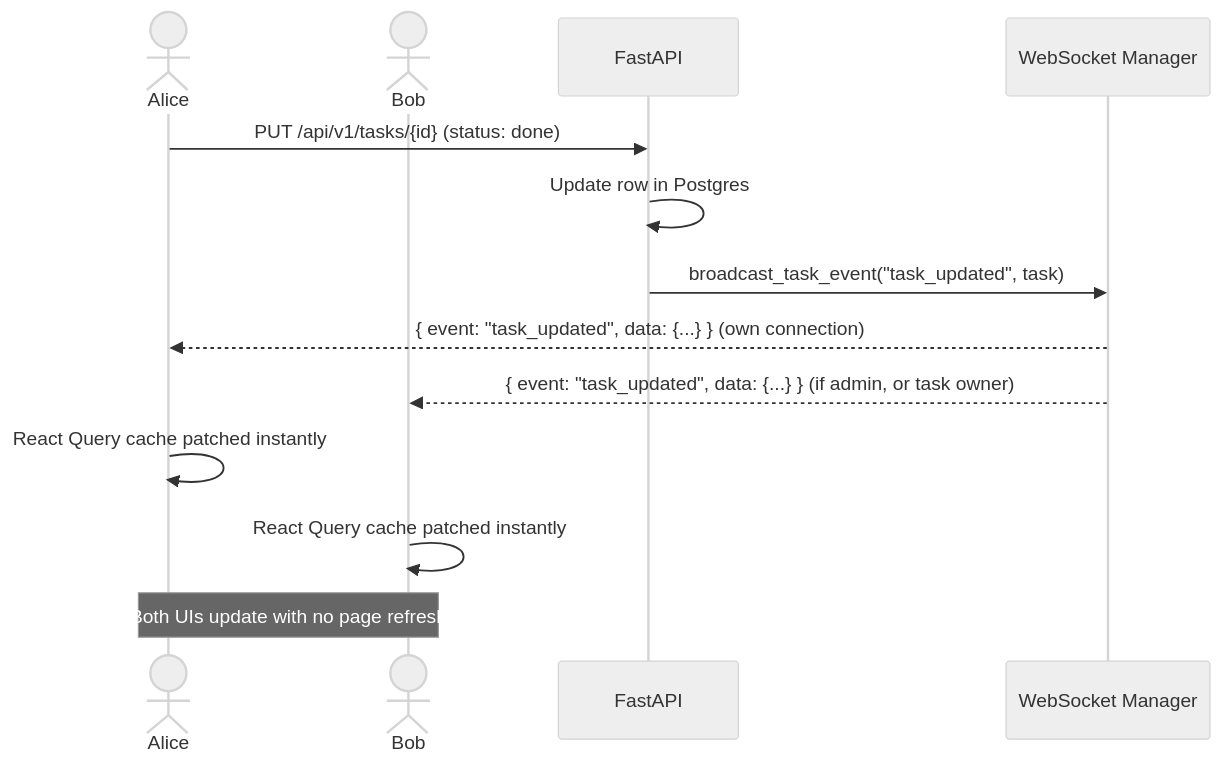
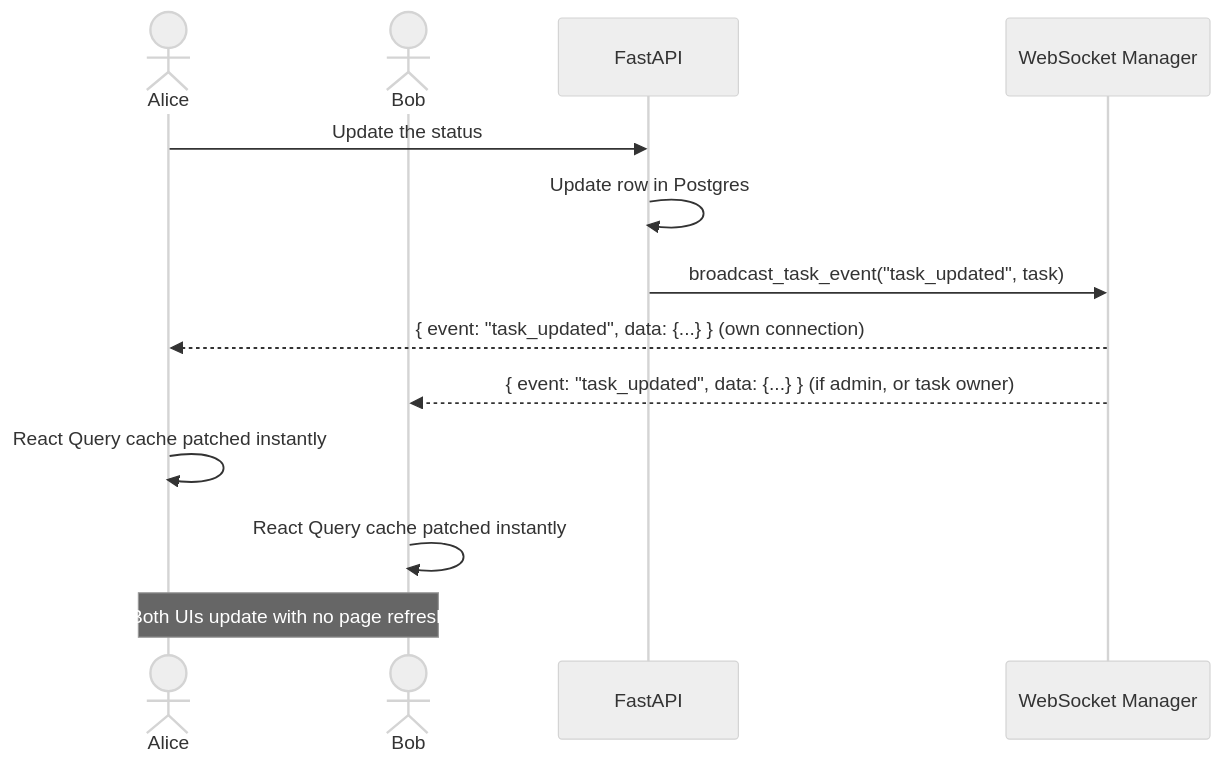
Before and after one commit to devindaJJ/task-tracker-application: the fourth of 5 diagrams in README.md, drawn with Mermaid (neutral theme). The commit also changed other lines of this file, not shown here.

````diff
--- a/README.md
+++ b/README.md
@@ -215,16 +215,16 @@
 ```mermaid
 sequenceDiagram
     actor Alice
     actor Bob
     participant API as FastAPI
     participant WS as WebSocket Manager
 
-    Alice->>API: PUT /api/v1/tasks/{id} (status: done)
+    Alice->>API: Update the status
     API->>API: Update row in Postgres
     API->>WS: broadcast_task_event("task_updated", task)
     WS-->>Alice: { event: "task_updated", data: {...} }  (own connection)
     WS-->>Bob: { event: "task_updated", data: {...} }    (if admin, or task owner)
     Alice->>Alice: React Query cache patched instantly
     Bob->>Bob: React Query cache patched instantly
     Note over Alice,Bob: Both UIs update with no page refresh
 ```
````
